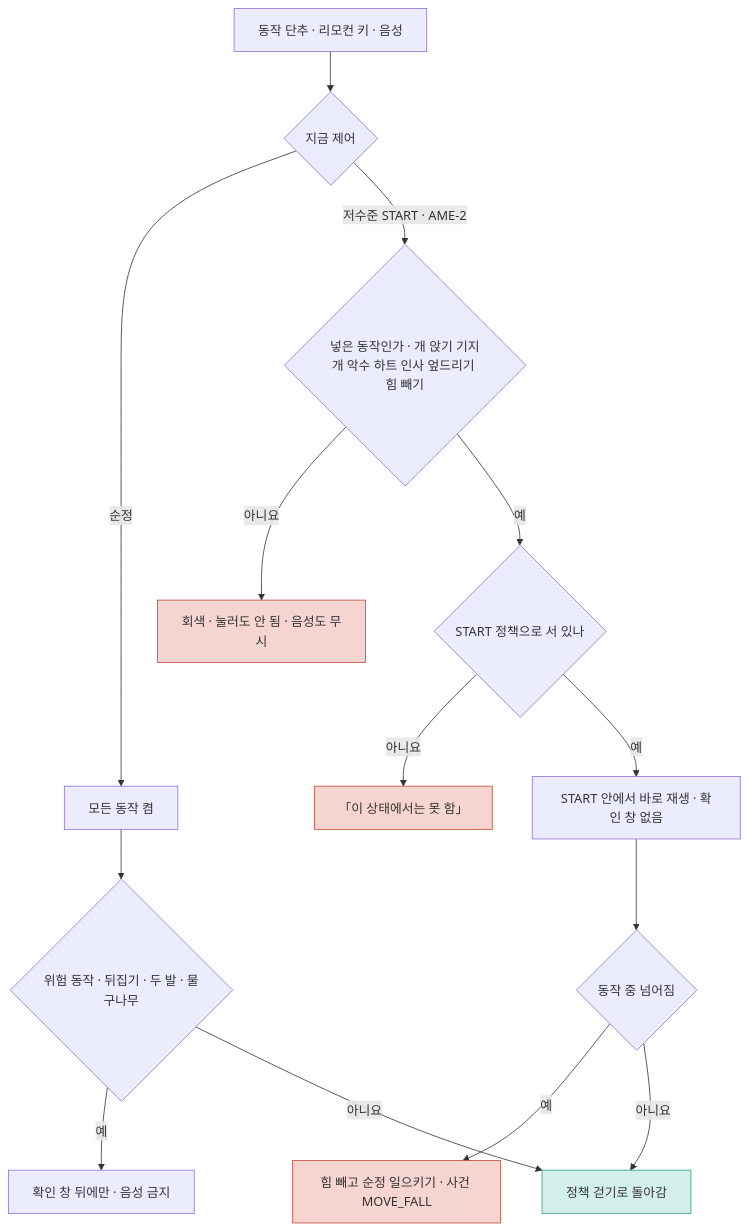
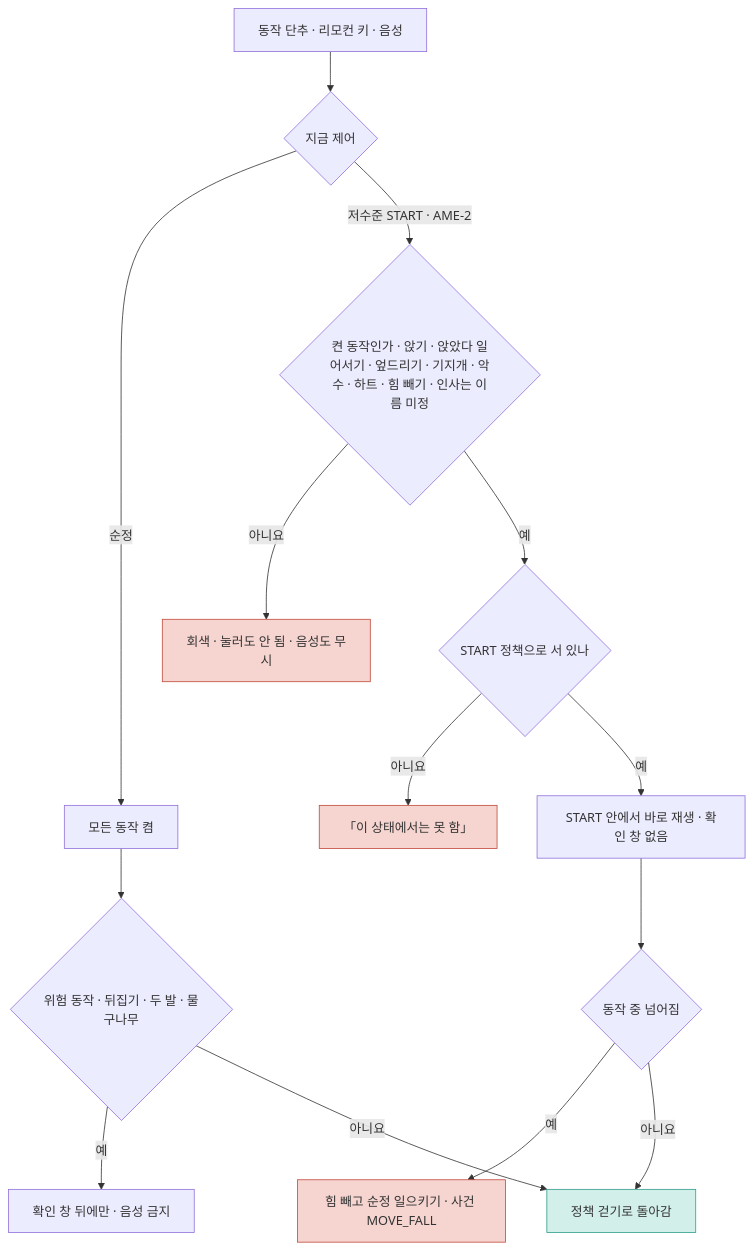
One commit to foothold-project/foothold-lab changed the sixth of 8 diagrams in inbox/jay/20261119-app-design/FLOWS.md. Above: the diagram before and after it, drawn with Mermaid. The commit also changed other lines of this file, not shown here.

Commit message:
docs(app): 동작 단추 흐름에 app-lx 저수준 켬 7 반영

````diff
--- a/inbox/jay/20261119-app-design/FLOWS.md
+++ b/inbox/jay/20261119-app-design/FLOWS.md
@@ -125,18 +125,18 @@
 ```mermaid
 flowchart TD
   A[동작 단추 · 리모컨 키 · 음성] --> B{지금 제어}
   B -->|순정| C[모든 동작 켬]
-  B -->|저수준 START · AME-2| D{넣은 동작인가 · 개 앉기 기지개 악수 하트 인사 엎드리기 힘 빼기}
+  B -->|저수준 START · AME-2| D{켠 동작인가 · 앉기 · 앉았다 일어서기 · 엎드리기 · 기지개 · 악수 · 하트 · 힘 빼기 · 인사는 이름 미정}
   D -->|아니요| E[회색 · 눌러도 안 됨 · 음성도 무시]:::bad
   D -->|예| F{START 정책으로 서 있나}
   F -->|아니요| G[「이 상태에서는 못 함」]:::bad
   F -->|예| H[START 안에서 바로 재생 · 확인 창 없음]
   H --> I{동작 중 넘어짐}
   I -->|예| J[힘 빼고 순정 일으키기 · 사건 MOVE_FALL]:::bad
   I -->|아니요| K[정책 걷기로 돌아감]:::ok
   C --> L{위험 동작 · 뒤집기 · 두 발 · 물구나무}
   L -->|예| M[확인 창 뒤에만 · 음성 금지]
   L -->|아니요| K
   classDef bad fill:#f6d5d0,stroke:#c2493b
   classDef ok fill:#d3efe9,stroke:#2f9e8f
 ```
````
